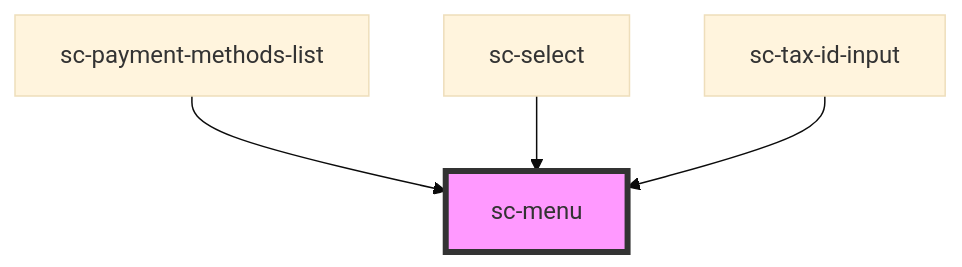
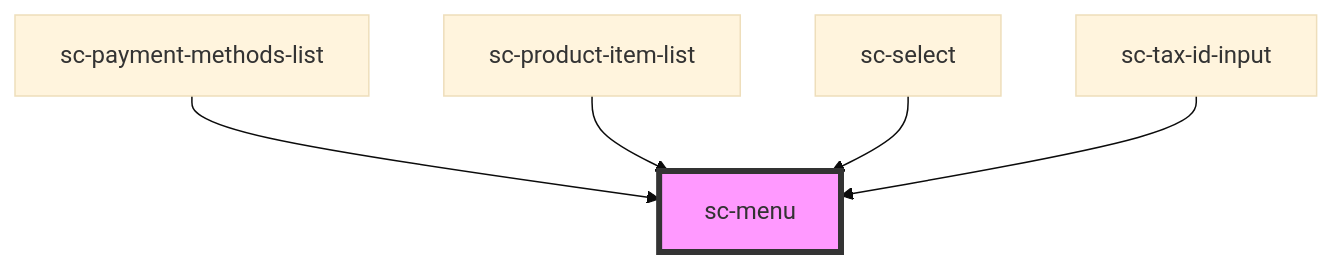
One commit to surecart/surecart-wp-plugin changed the diagram in packages/components/src/components/ui/menu/readme.md. Above: the diagram before and after it, drawn with Mermaid (base theme). The commit also changed other lines of this file and 45 other files, not shown here.

````diff
--- a/packages/components/src/components/ui/menu/readme.md
+++ b/packages/components/src/components/ui/menu/readme.md
@@ -29,7 +30,8 @@
 ```mermaid
 graph TD;
   sc-payment-methods-list --> sc-menu
+  sc-product-item-list --> sc-menu
   sc-select --> sc-menu
   sc-tax-id-input --> sc-menu
   style sc-menu fill:#f9f,stroke:#333,stroke-width:4px
 ```
````
